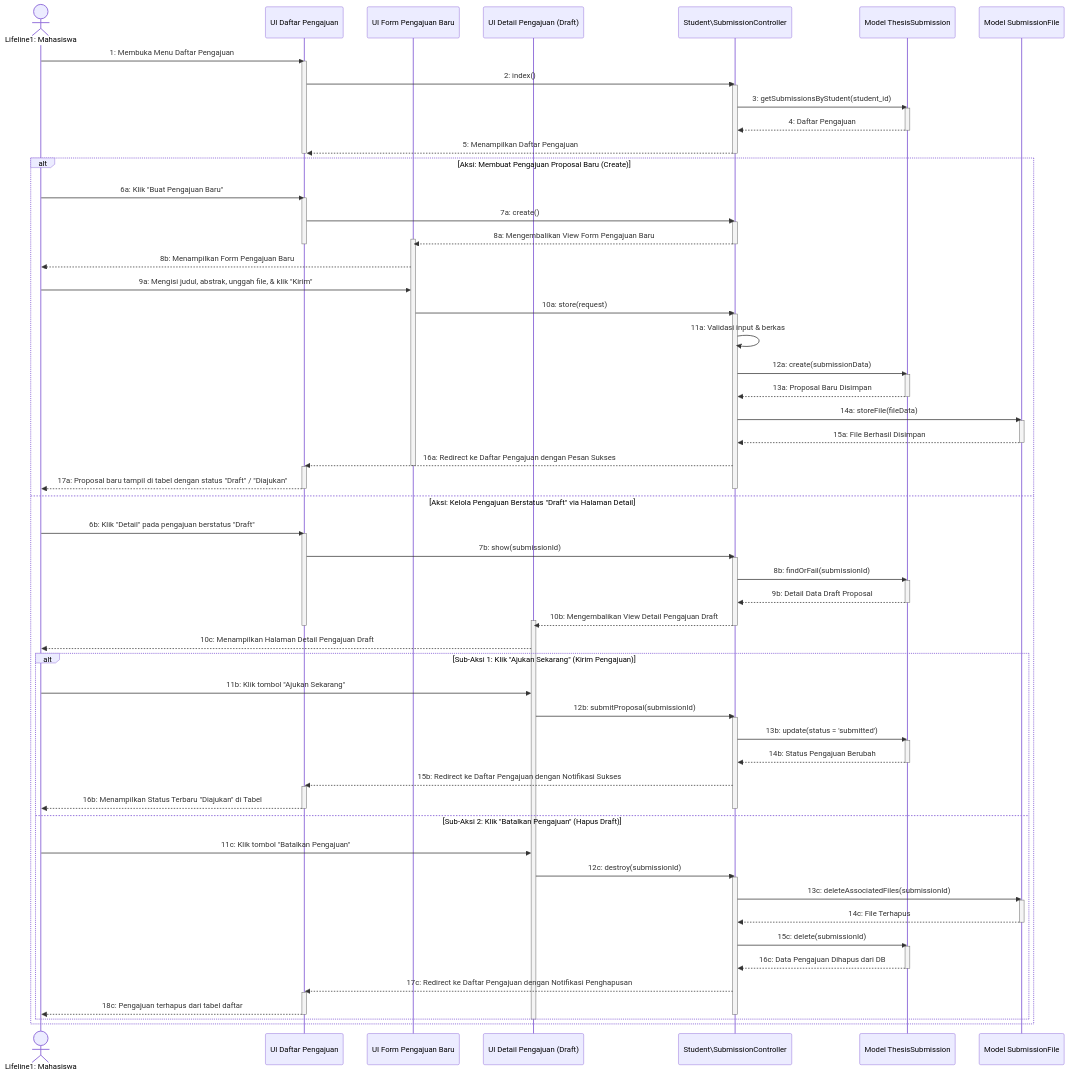
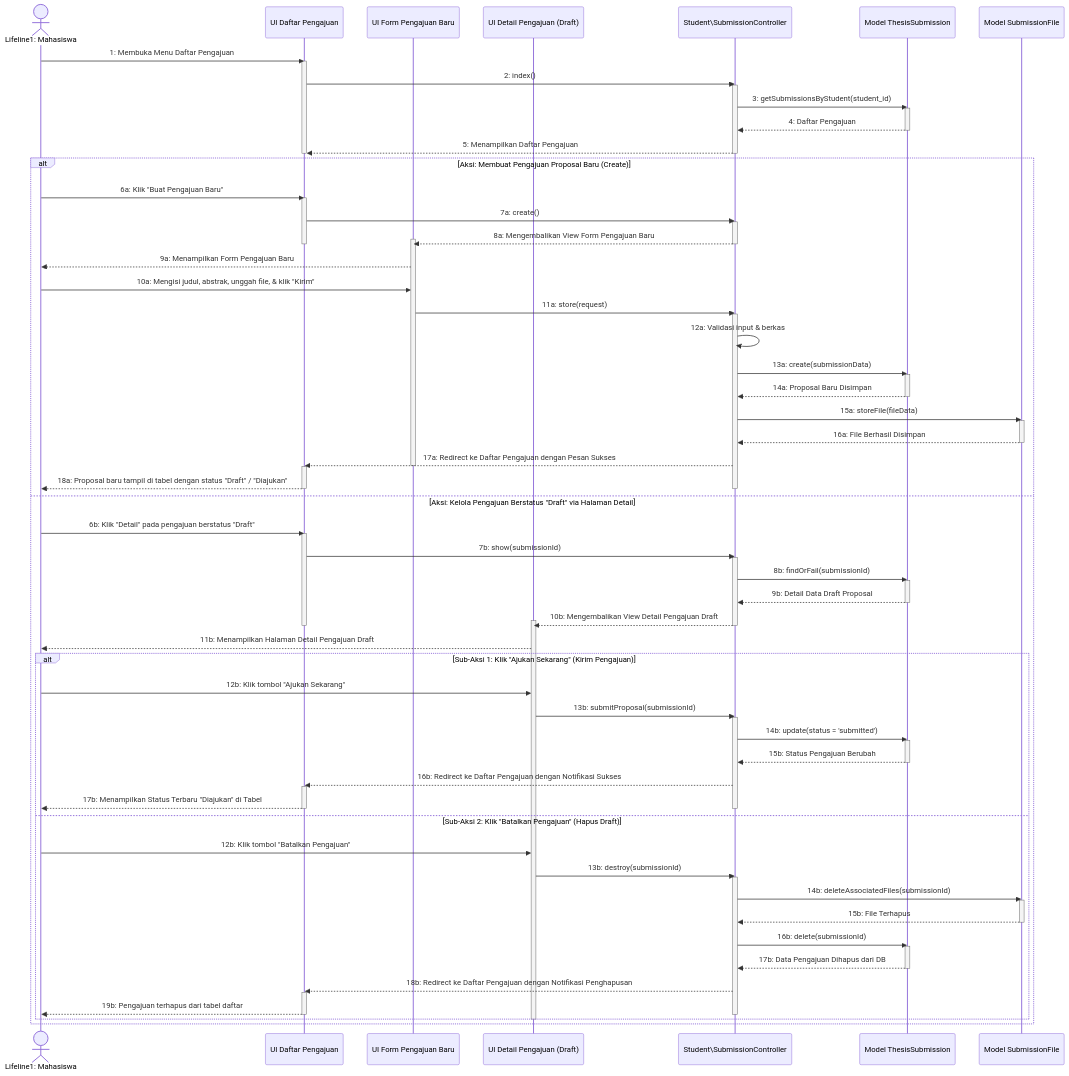
Before and after one commit to Duandi04/ta_submission: the diagram in docs/uml/Sequence Diagram/Mahasiswa/sequence_diagram_kelola_detail_pengajuan.md, drawn with Mermaid. The commit also changed 7 other files, not shown here.

Commit message:
refactor: reindex sequence diagram step identifiers for consistency across all user and administrative flows

```diff
--- a/docs/uml/Sequence Diagram/Mahasiswa/sequence_diagram_kelola_detail_pengajuan.md
+++ b/docs/uml/Sequence Diagram/Mahasiswa/sequence_diagram_kelola_detail_pengajuan.md
@@ -35,24 +35,24 @@
         deactivate Ctrl
         activate UI_Form
         deactivate UI_List
-        UI_Form-->>Mahasiswa: 8b: Menampilkan Form Pengajuan Baru
-
-        Mahasiswa->>UI_Form: 9a: Mengisi judul, abstrak, unggah file, & klik "Kirim"
-        UI_Form->>Ctrl: 10a: store(request)
+        UI_Form-->>Mahasiswa: 9a: Menampilkan Form Pengajuan Baru
+ 
+        Mahasiswa->>UI_Form: 10a: Mengisi judul, abstrak, unggah file, & klik "Kirim"
+        UI_Form->>Ctrl: 11a: store(request)
         activate Ctrl
-        Ctrl->>Ctrl: 11a: Validasi input & berkas
-        Ctrl->>M_Submission: 12a: create(submissionData)
+        Ctrl->>Ctrl: 12a: Validasi input & berkas
+        Ctrl->>M_Submission: 13a: create(submissionData)
         activate M_Submission
-        M_Submission-->>Ctrl: 13a: Proposal Baru Disimpan
+        M_Submission-->>Ctrl: 14a: Proposal Baru Disimpan
         deactivate M_Submission
-        Ctrl->>M_File: 14a: storeFile(fileData)
+        Ctrl->>M_File: 15a: storeFile(fileData)
         activate M_File
-        M_File-->>Ctrl: 15a: File Berhasil Disimpan
+        M_File-->>Ctrl: 16a: File Berhasil Disimpan
         deactivate M_File
-        Ctrl-->>UI_List: 16a: Redirect ke Daftar Pengajuan dengan Pesan Sukses
+        Ctrl-->>UI_List: 17a: Redirect ke Daftar Pengajuan dengan Pesan Sukses
         deactivate UI_Form
         activate UI_List
-        UI_List-->>Mahasiswa: 17a: Proposal baru tampil di tabel dengan status "Draft" / "Diajukan"
+        UI_List-->>Mahasiswa: 18a: Proposal baru tampil di tabel dengan status "Draft" / "Diajukan"
         deactivate UI_List
         deactivate Ctrl
 
@@ -69,37 +69,37 @@
         deactivate Ctrl
         activate UI_Detail
         deactivate UI_List
-        UI_Detail-->>Mahasiswa: 10c: Menampilkan Halaman Detail Pengajuan Draft
-
+        UI_Detail-->>Mahasiswa: 11b: Menampilkan Halaman Detail Pengajuan Draft
+ 
         alt Sub-Aksi 1: Klik "Ajukan Sekarang" (Kirim Pengajuan)
-            Mahasiswa->>UI_Detail: 11b: Klik tombol "Ajukan Sekarang"
-            UI_Detail->>Ctrl: 12b: submitProposal(submissionId)
+            Mahasiswa->>UI_Detail: 12b: Klik tombol "Ajukan Sekarang"
+            UI_Detail->>Ctrl: 13b: submitProposal(submissionId)
             activate Ctrl
-            Ctrl->>M_Submission: 13b: update(status = 'submitted')
+            Ctrl->>M_Submission: 14b: update(status = 'submitted')
             activate M_Submission
-            M_Submission-->>Ctrl: 14b: Status Pengajuan Berubah
+            M_Submission-->>Ctrl: 15b: Status Pengajuan Berubah
             deactivate M_Submission
-            Ctrl-->>UI_List: 15b: Redirect ke Daftar Pengajuan dengan Notifikasi Sukses
+            Ctrl-->>UI_List: 16b: Redirect ke Daftar Pengajuan dengan Notifikasi Sukses
             activate UI_List
-            UI_List-->>Mahasiswa: 16b: Menampilkan Status Terbaru "Diajukan" di Tabel
+            UI_List-->>Mahasiswa: 17b: Menampilkan Status Terbaru "Diajukan" di Tabel
             deactivate UI_List
             deactivate Ctrl
-
+ 
         else Sub-Aksi 2: Klik "Batalkan Pengajuan" (Hapus Draft)
-            Mahasiswa->>UI_Detail: 11c: Klik tombol "Batalkan Pengajuan"
-            UI_Detail->>Ctrl: 12c: destroy(submissionId)
+            Mahasiswa->>UI_Detail: 12b: Klik tombol "Batalkan Pengajuan"
+            UI_Detail->>Ctrl: 13b: destroy(submissionId)
             activate Ctrl
-            Ctrl->>M_File: 13c: deleteAssociatedFiles(submissionId)
+            Ctrl->>M_File: 14b: deleteAssociatedFiles(submissionId)
             activate M_File
-            M_File-->>Ctrl: 14c: File Terhapus
+            M_File-->>Ctrl: 15b: File Terhapus
             deactivate M_File
-            Ctrl->>M_Submission: 15c: delete(submissionId)
+            Ctrl->>M_Submission: 16b: delete(submissionId)
             activate M_Submission
-            M_Submission-->>Ctrl: 16c: Data Pengajuan Dihapus dari DB
+            M_Submission-->>Ctrl: 17b: Data Pengajuan Dihapus dari DB
             deactivate M_Submission
-            Ctrl-->>UI_List: 17c: Redirect ke Daftar Pengajuan dengan Notifikasi Penghapusan
+            Ctrl-->>UI_List: 18b: Redirect ke Daftar Pengajuan dengan Notifikasi Penghapusan
             activate UI_List
-            UI_List-->>Mahasiswa: 18c: Pengajuan terhapus dari tabel daftar
+            UI_List-->>Mahasiswa: 19b: Pengajuan terhapus dari tabel daftar
             deactivate UI_List
             deactivate Ctrl
         end
```
